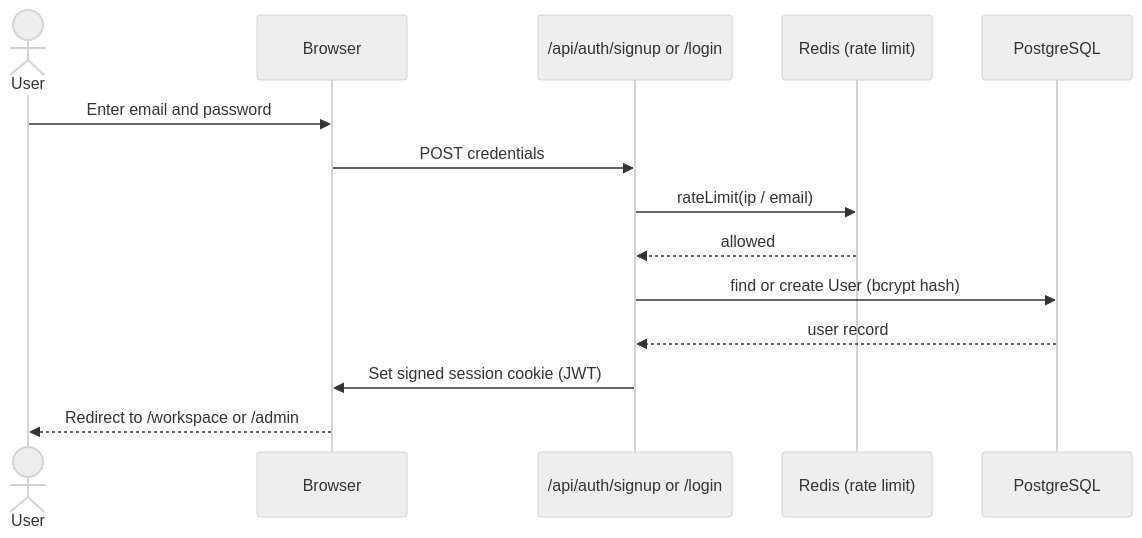
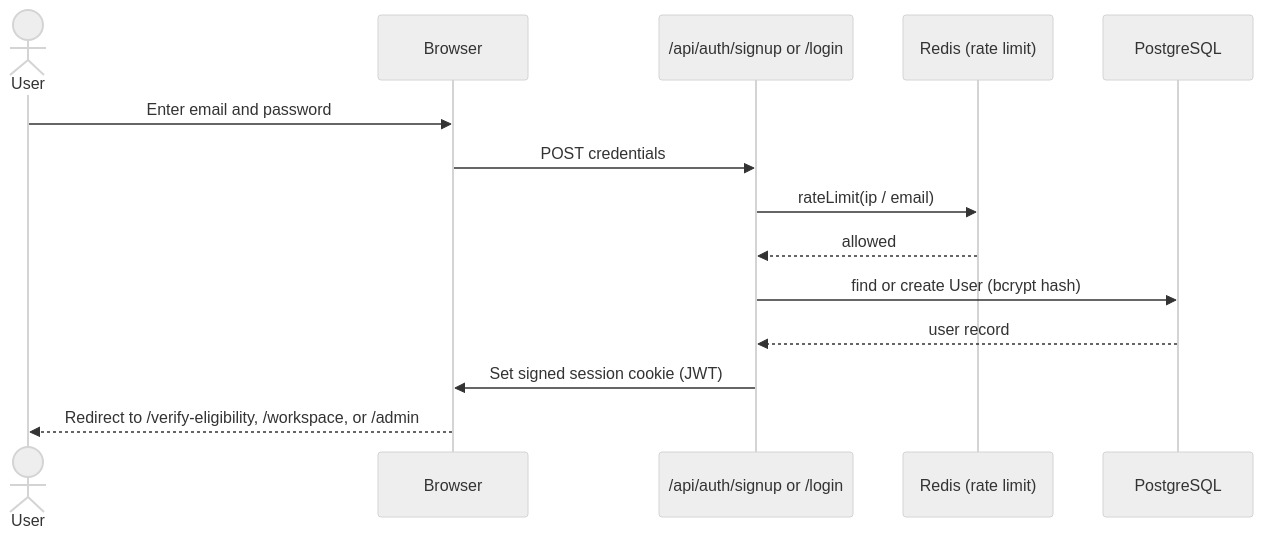
Before and after one commit to ka8540/Sendloom: the third of 13 diagrams in README.md, drawn with Mermaid (neutral theme). The commit also changed other lines of this file, not shown here.

Commit message:
Document age safety and anti-abuse flows

````diff
--- a/README.md
+++ b/README.md
@@ -269,16 +305,16 @@
 ```mermaid
 sequenceDiagram
     actor User
     participant UI as Browser
     participant API as /api/auth/signup or /login
     participant RL as Redis (rate limit)
     participant DB as PostgreSQL
     User->>UI: Enter email and password
     UI->>API: POST credentials
     API->>RL: rateLimit(ip / email)
     RL-->>API: allowed
     API->>DB: find or create User (bcrypt hash)
     DB-->>API: user record
     API->>UI: Set signed session cookie (JWT)
-    UI-->>User: Redirect to /workspace or /admin
+    UI-->>User: Redirect to /verify-eligibility, /workspace, or /admin
 ```
````
